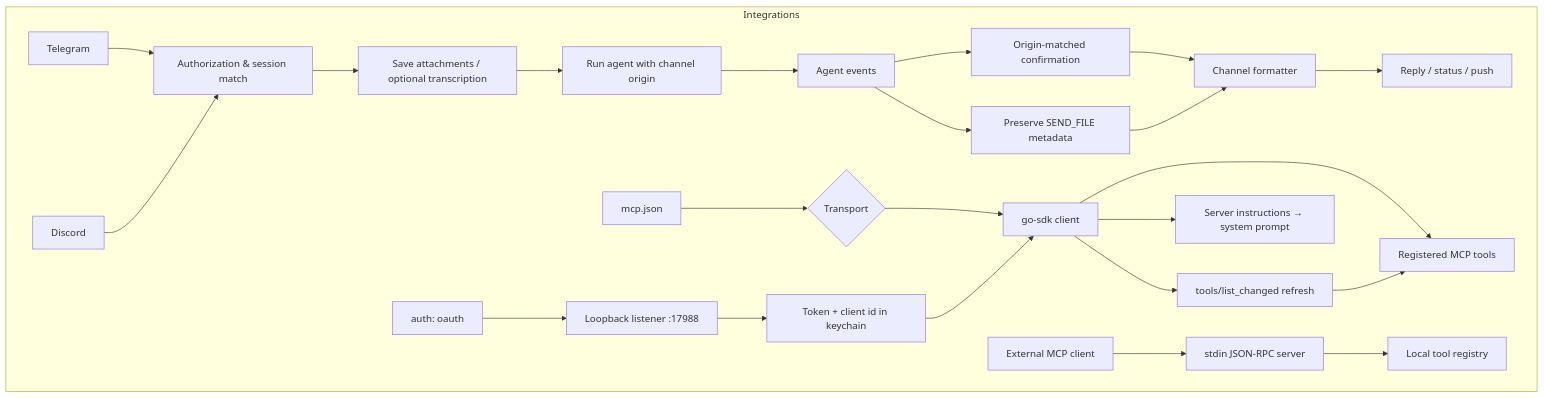
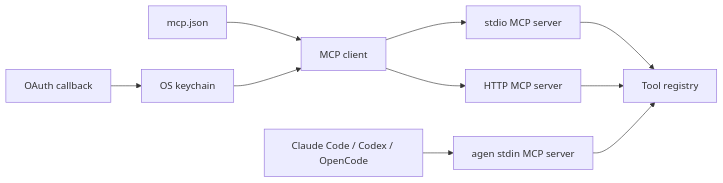
The seventh of 9 diagrams in doc/architecture.md (agenvoy/Agenvoy), drawn with Mermaid before and after one commit. The commit also changed other lines of this file and 5 other files, not shown here.

````diff
--- a/doc/architecture.md
+++ b/doc/architecture.md
@@ -194,27 +126,12 @@
 ```mermaid
-graph TB
-    subgraph Integrations[Integrations]
-        Telegram[Telegram] --> Auth[Authorization & session match]
-        Discord[Discord] --> Auth
-        Auth --> Attachments[Save attachments / optional transcription]
-        Attachments --> ChatRun[Run agent with channel origin]
-        ChatRun --> Events[Agent events]
-        Events --> Confirm[Origin-matched confirmation]
-        Confirm --> Format[Channel formatter]
-        Events --> FileMarker[Preserve SEND_FILE metadata]
-        FileMarker --> Format
-        Format --> Reply[Reply / status / push]
-
-        MCPConfig[mcp.json] --> Transport{Transport}
-        Transport --> SDKClient[go-sdk client]
-        SDKClient --> MCPTools[Registered MCP tools]
-        SDKClient --> Refresh[tools/list_changed refresh]
-        Refresh --> MCPTools
-        SDKClient --> Instructions[Server instructions → system prompt]
-        OAuth[auth: oauth] --> Callback[Loopback listener :17988]
-        Callback --> Token[Token + client id in keychain]
-        Token --> SDKClient
-        ExternalClient[External MCP client] --> LocalMCP[stdin JSON-RPC server]
-        LocalMCP --> Tools[Local tool registry]
-    end
+graph LR
+    Config[mcp.json] --> MCPClient[MCP client]
+    MCPClient --> Stdio[stdio MCP server]
+    MCPClient --> HTTP[HTTP MCP server]
+    Stdio --> Registry[Tool registry]
+    HTTP --> Registry
+    External[Claude Code / Codex / OpenCode] --> MCPServer[agen stdin MCP server]
+    MCPServer --> Registry
+    OAuth[OAuth callback] --> Keychain[OS keychain]
+    Keychain --> MCPClient
 ```
````
